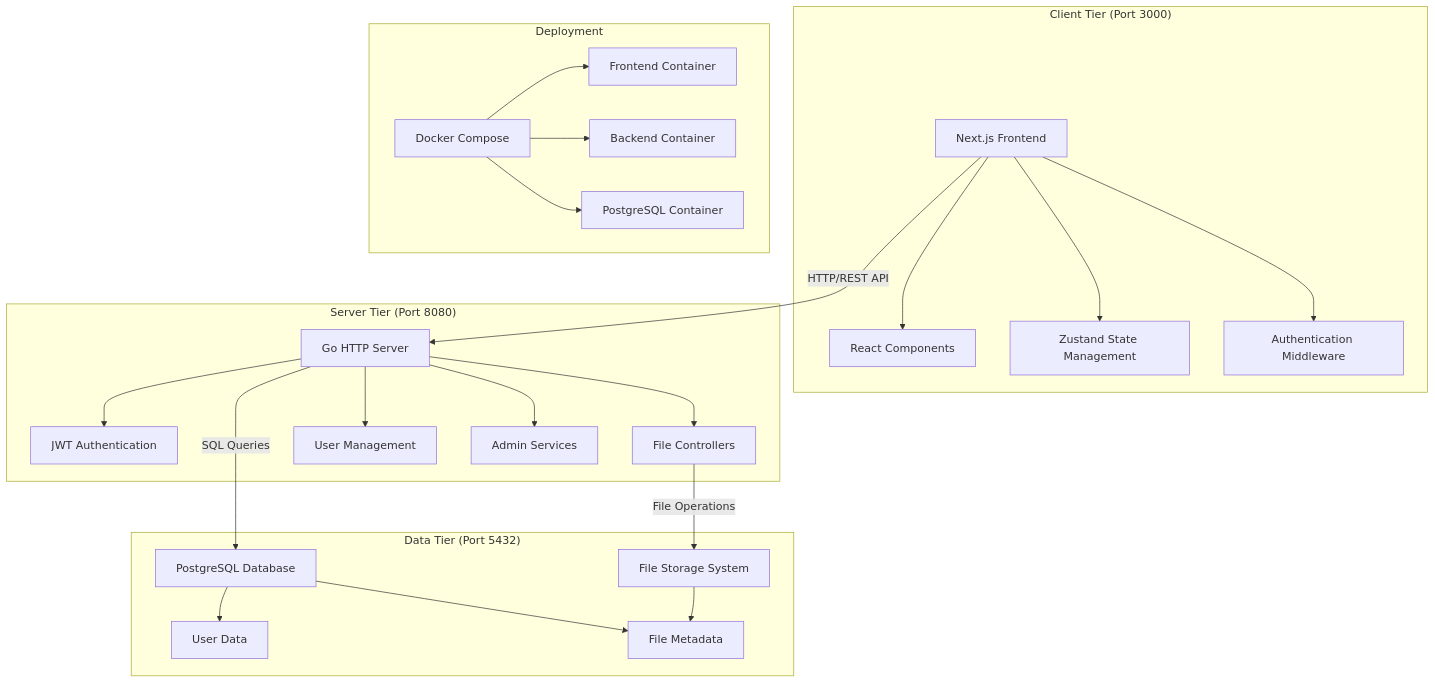
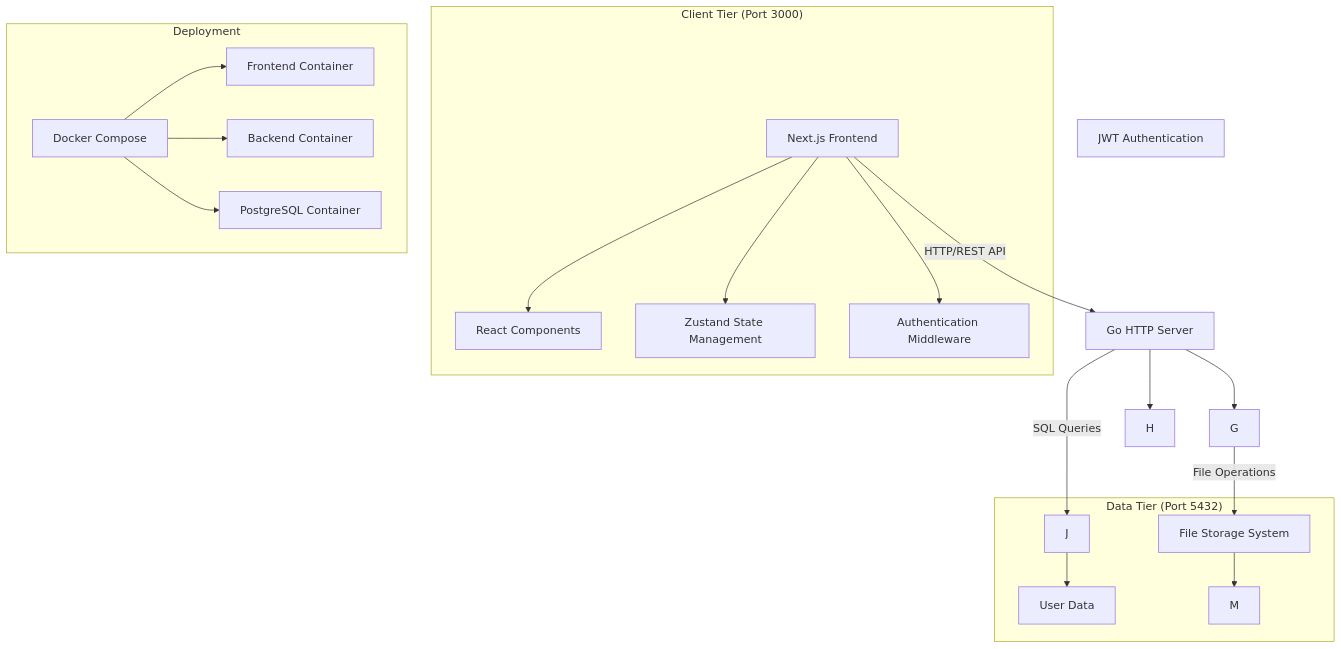
Before and after one commit to ashrith-devison/sangrah: the diagram in README.md, drawn with Mermaid. The commit also changed other lines of this file, not shown here.

````diff
--- a/README.md
+++ b/README.md
@@ -139,52 +131,40 @@
 ```mermaid
 graph TB
     subgraph "Client Tier (Port 3000)"
         A[Next.js Frontend]
         B[React Components]
         C[Zustand State Management]
         D[Authentication Middleware]
         
         A --> B
         A --> C
         A --> D
     end
     
-    subgraph "Server Tier (Port 8080)"
         E[Go HTTP Server]
         F[JWT Authentication]
-        G[File Controllers]
-        H[User Management]
-        I[Admin Services]
         
-        E --> F
         E --> G
         E --> H
-        E --> I
-    end
-    
     subgraph "Data Tier (Port 5432)"
-        J[PostgreSQL Database]
         K[File Storage System]
         L[User Data]
-        M[File Metadata]
-        
         J --> L
-        J --> M
         K --> M
     end
     
     A -->|HTTP/REST API| E
     E -->|SQL Queries| J
     G -->|File Operations| K
     
     subgraph "Deployment"
         N[Docker Compose]
         O[Frontend Container]
         P[Backend Container]
         Q[PostgreSQL Container]
         
         N --> O
         N --> P
         N --> Q
     end
 ```
````
